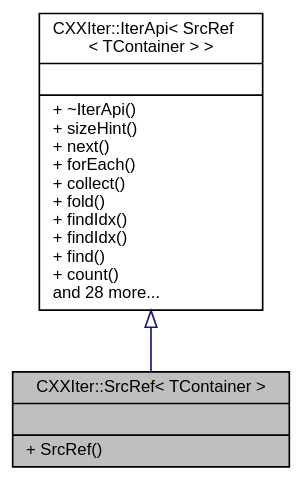
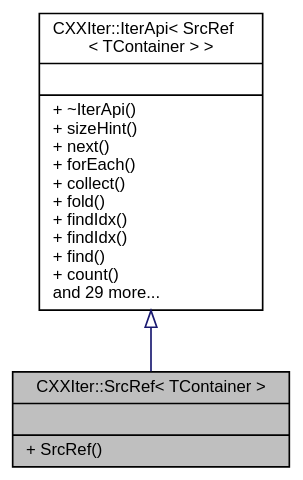
The diagram in classCXXIter_1_1SrcRef__inherit__graph.dot (seijikun/CXXIter), drawn with Graphviz before and after one commit. The commit also changed 23 other files, not shown here.

```diff
--- a/classCXXIter_1_1SrcRef__inherit__graph.dot
+++ b/classCXXIter_1_1SrcRef__inherit__graph.dot
@@ -1,11 +1,11 @@
 digraph "CXXIter::SrcRef&lt; TContainer &gt;"
 {
  // INTERACTIVE_SVG=YES
  // LATEX_PDF_SIZE
   bgcolor="transparent";
   edge [fontname="Helvetica",fontsize="10",labelfontname="Helvetica",labelfontsize="10"];
   node [fontname="Helvetica",fontsize="10",shape=record];
   Node1 [label="{CXXIter::SrcRef\< TContainer \>\n||+ SrcRef()\l}",height=0.2,width=0.4,color="black", fillcolor="grey75", style="filled", fontcolor="black",tooltip="CXXIter iterator source that mutably borrows the input item source, and passes mutable references to ..."];
   Node2 -> Node1 [dir="back",color="midnightblue",fontsize="10",style="solid",arrowtail="onormal",fontname="Helvetica"];
-  Node2 [label="{CXXIter::IterApi\< SrcRef\l\< TContainer \> \>\n||+ ~IterApi()\l+ sizeHint()\l+ next()\l+ forEach()\l+ collect()\l+ fold()\l+ findIdx()\l+ findIdx()\l+ find()\l+ count()\land 28 more...\l}",height=0.2,width=0.4,color="black",URL="$classCXXIter_1_1IterApi.html",tooltip=" "];
+  Node2 [label="{CXXIter::IterApi\< SrcRef\l\< TContainer \> \>\n||+ ~IterApi()\l+ sizeHint()\l+ next()\l+ forEach()\l+ collect()\l+ fold()\l+ findIdx()\l+ findIdx()\l+ find()\l+ count()\land 29 more...\l}",height=0.2,width=0.4,color="black",URL="$classCXXIter_1_1IterApi.html",tooltip=" "];
 }
```
